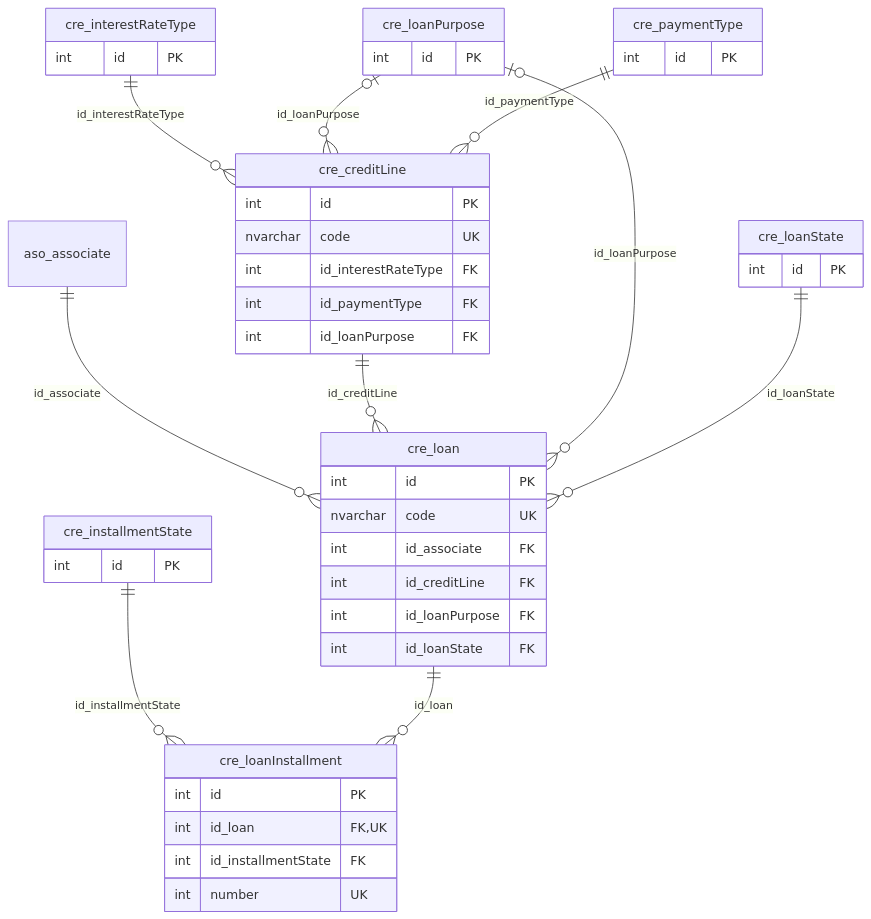
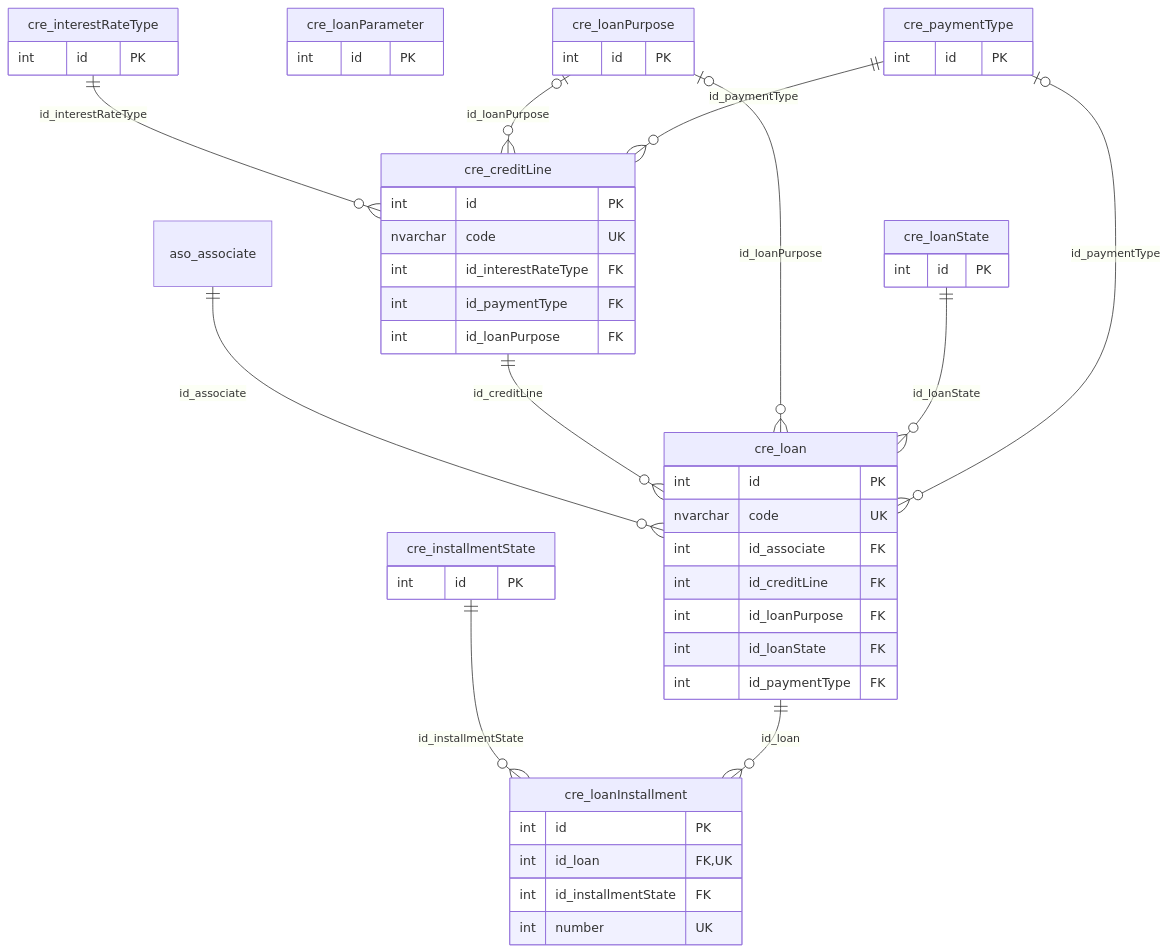
Before and after one commit to softwaresamm/IDAE.Docs: the diagram in docs/safe/database/cre/er-diagram.md, drawn with Mermaid. The commit also changed 8 other files, not shown here.

````diff
--- a/docs/safe/database/cre/er-diagram.md
+++ b/docs/safe/database/cre/er-diagram.md
@@ -12,49 +12,54 @@
 ```mermaid
 erDiagram
     cre_creditLine {
         int id PK
         nvarchar code UK
         int id_interestRateType FK
         int id_paymentType FK
         int id_loanPurpose FK
     }
     cre_installmentState {
         int id PK
     }
     cre_interestRateType {
         int id PK
     }
     cre_loan {
         int id PK
         nvarchar code UK
         int id_associate FK
         int id_creditLine FK
         int id_loanPurpose FK
         int id_loanState FK
+        int id_paymentType FK
     }
     cre_loanInstallment {
         int id PK
         int id_loan FK,UK
         int id_installmentState FK
         int number UK
+    }
+    cre_loanParameter {
+        int id PK
     }
     cre_loanPurpose {
         int id PK
     }
     cre_loanState {
         int id PK
     }
     cre_paymentType {
         int id PK
     }
     aso_associate
     cre_interestRateType ||--o{ cre_creditLine : "id_interestRateType"
     cre_loanPurpose |o--o{ cre_creditLine : "id_loanPurpose"
     cre_paymentType ||--o{ cre_creditLine : "id_paymentType"
     aso_associate ||--o{ cre_loan : "id_associate"
     cre_creditLine ||--o{ cre_loan : "id_creditLine"
     cre_loanPurpose |o--o{ cre_loan : "id_loanPurpose"
     cre_loanState ||--o{ cre_loan : "id_loanState"
+    cre_paymentType |o--o{ cre_loan : "id_paymentType"
     cre_installmentState ||--o{ cre_loanInstallment : "id_installmentState"
     cre_loan ||--o{ cre_loanInstallment : "id_loan"
 ```
````
